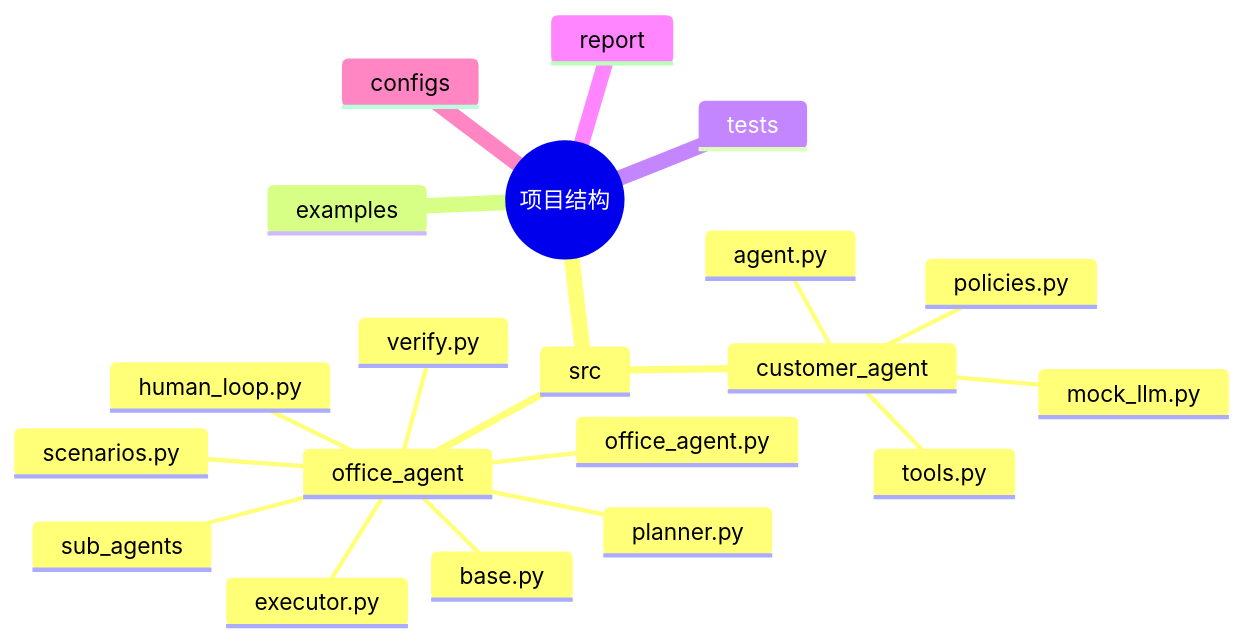
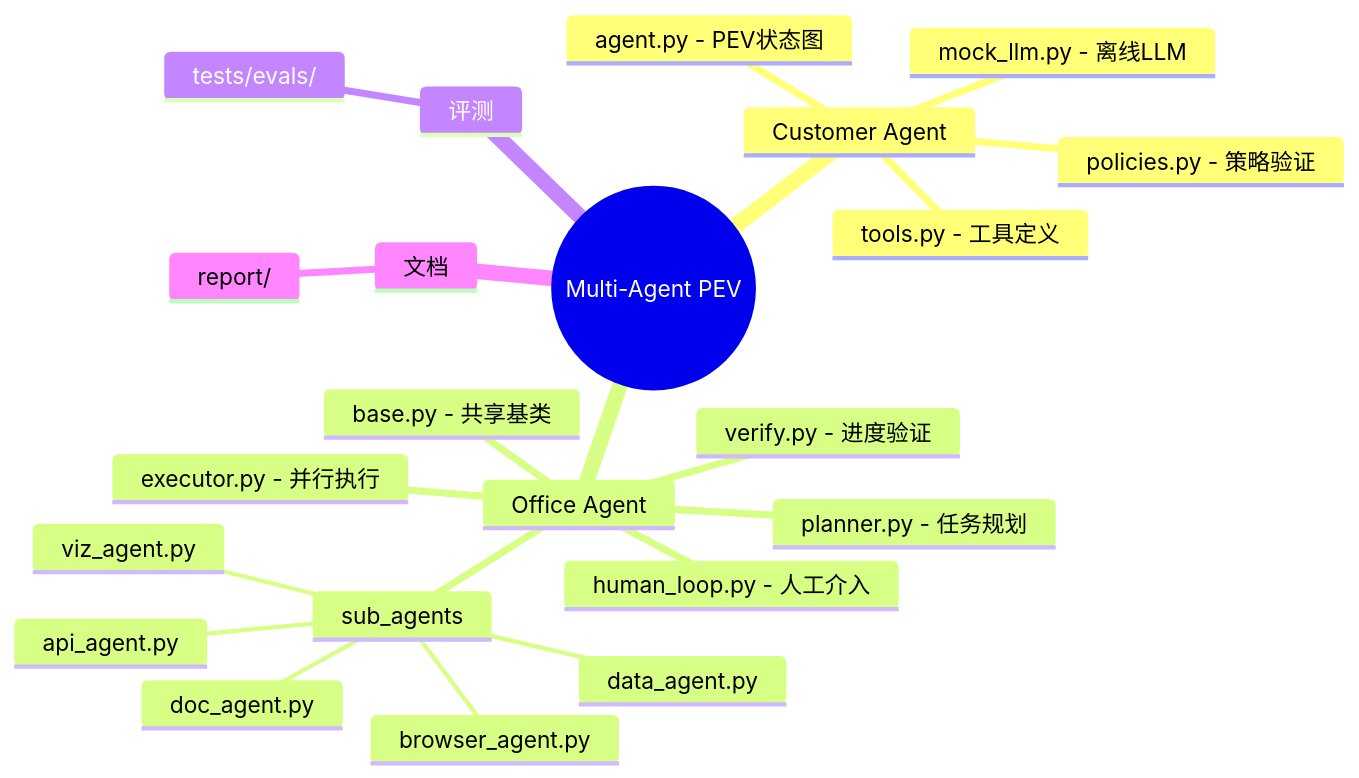
One commit to VincentGum/deep_eval_demo changed the first of 15 diagrams in report/DeepEval.1.0.md. Above: the diagram before and after it, drawn with Mermaid. The commit also changed other lines of this file and 3 other files, not shown here.

````diff
--- a/report/DeepEval.1.0.md
+++ b/report/DeepEval.1.0.md
@@ -45,23 +42,25 @@
 ```mermaid
 mindmap
-  root((项目结构))
-    src
-      customer_agent
-        agent.py
-        mock_llm.py
-        policies.py
-        tools.py
-      office_agent
-        base.py
-        planner.py
-        executor.py
-        verify.py
-        human_loop.py
-        office_agent.py
-        scenarios.py
-        sub_agents
-    examples
-    tests
-    report
-    configs
+  root((Multi-Agent PEV))
+    Customer Agent
+      agent.py - PEV状态图
+      mock_llm.py - 离线LLM
+      policies.py - 策略验证
+      tools.py - 工具定义
+    Office Agent
+      base.py - 共享基类
+      planner.py - 任务规划
+      executor.py - 并行执行
+      verify.py - 进度验证
+      human_loop.py - 人工介入
+      sub_agents
+        browser_agent.py
+        api_agent.py
+        doc_agent.py
+        data_agent.py
+        viz_agent.py
+    评测
+      tests/evals/
+    文档
+      report/
 ```
````
